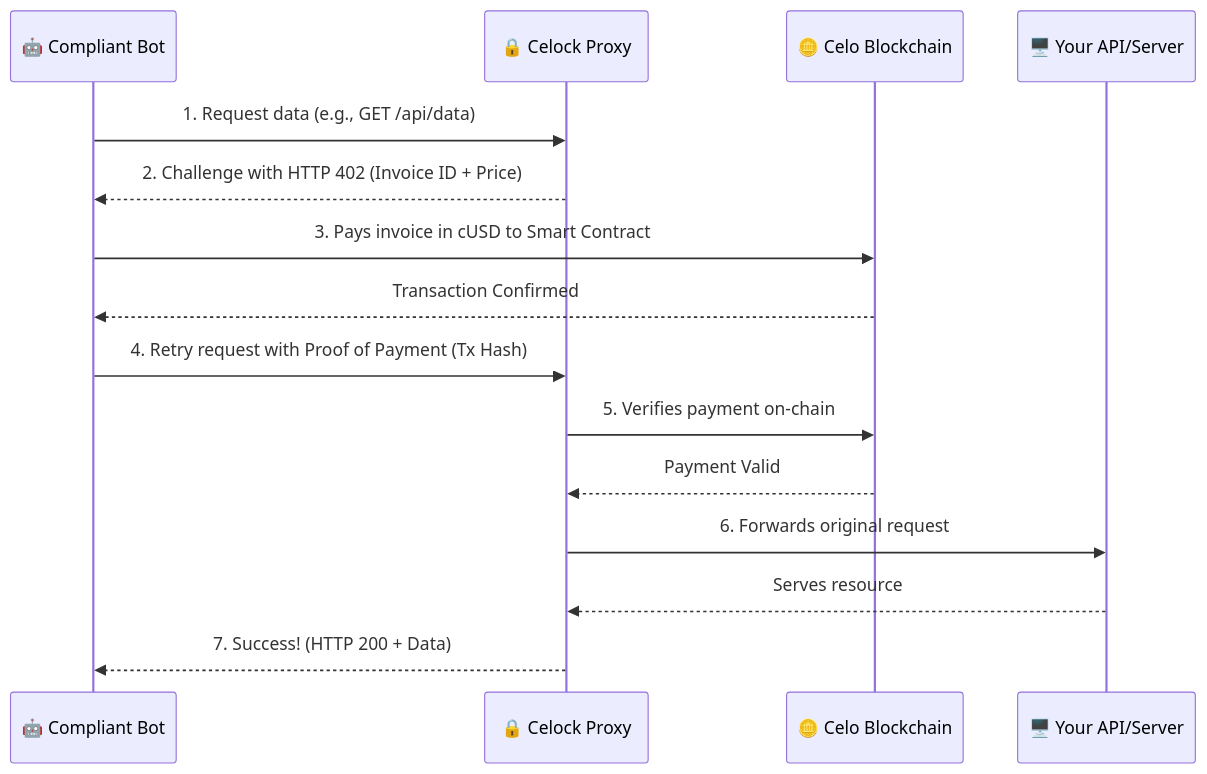
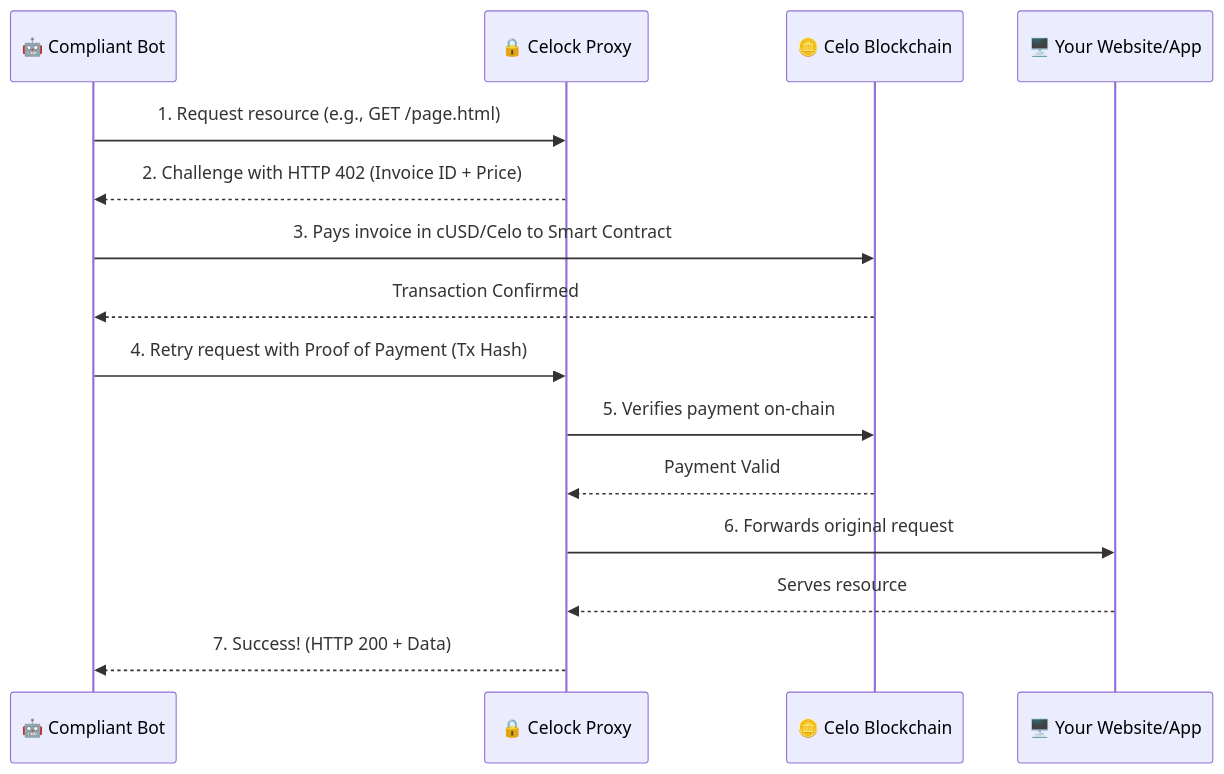
The diagram in README.md (FinalBoss-Squad/Celock), drawn with Mermaid before and after one commit. The commit also changed other lines of this file, not shown here.

````diff
--- a/README.md
+++ b/README.md
@@ -34,18 +34,18 @@
 ```mermaid
 sequenceDiagram
     participant Bot as 🤖 Compliant Bot
     participant Celock as 🔒 Celock Proxy
     participant Celo as 🪙 Celo Blockchain
-    participant Server as 🖥️ Your API/Server
+    participant Server as 🖥️ Your Website/App
 
-    Bot->>Celock: 1. Request data (e.g., GET /api/data)
+    Bot->>Celock: 1. Request resource (e.g., GET /page.html)
     Celock-->>Bot: 2. Challenge with HTTP 402 (Invoice ID + Price)
-    Bot->>Celo: 3. Pays invoice in cUSD to Smart Contract
+    Bot->>Celo: 3. Pays invoice in cUSD/Celo to Smart Contract
     Celo-->>Bot: Transaction Confirmed
     Bot->>Celock: 4. Retry request with Proof of Payment (Tx Hash)
     Celock->>Celo: 5. Verifies payment on-chain
     Celo-->>Celock: Payment Valid
     Celock->>Server: 6. Forwards original request
     Server-->>Celock: Serves resource
     Celock-->>Bot: 7. Success! (HTTP 200 + Data)
 ```
````
